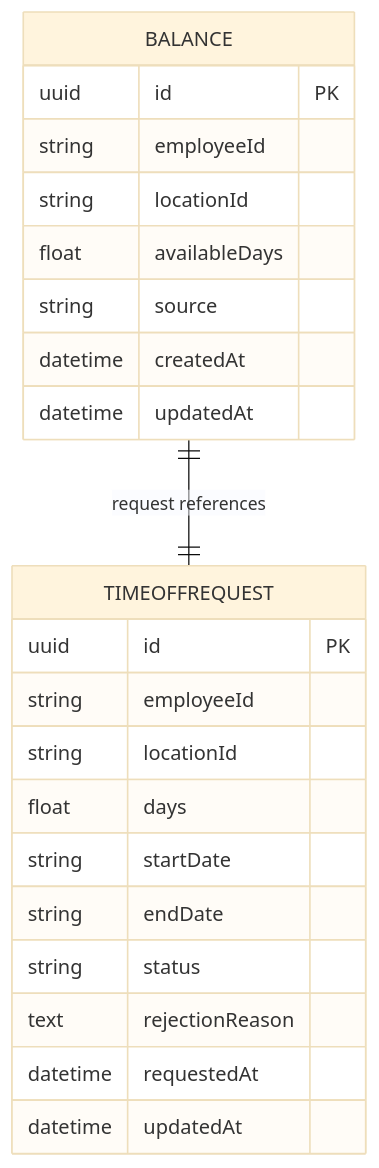
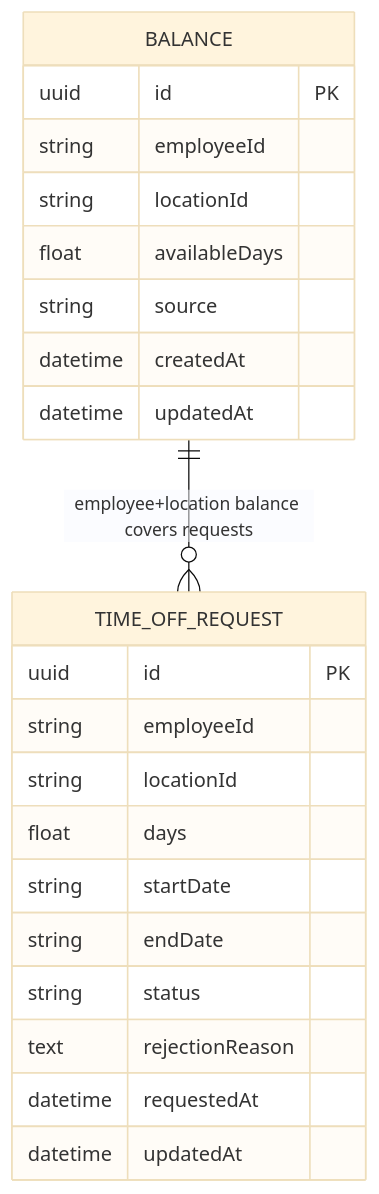
Before and after one commit to Muaaz-Butt/ExampleHR: the first of 5 diagrams in ARCHITECTURE.md, drawn with Mermaid (base theme). The commit also changed other lines of this file and 15 other files, not shown here.

````diff
--- a/ARCHITECTURE.md
+++ b/ARCHITECTURE.md
@@ -7,25 +115,27 @@
 ```mermaid
 erDiagram
     BALANCE {
-        uuid id PK
-        string employeeId
-        string locationId
-        float availableDays
-        string source
+        uuid    id          PK
+        string  employeeId
+        string  locationId
+        float   availableDays
+        string  source
         datetime createdAt
         datetime updatedAt
     }
-    TIMEOFFREQUEST {
-        uuid id PK
-        string employeeId
-        string locationId
-        float days
-        string startDate
-        string endDate
-        string status
-        text rejectionReason
+
+    TIME_OFF_REQUEST {
+        uuid    id              PK
+        string  employeeId
+        string  locationId
+        float   days
+        string  startDate
+        string  endDate
+        string  status
+        text    rejectionReason
         datetime requestedAt
         datetime updatedAt
     }
-    BALANCE ||--|| TIMEOFFREQUEST : "request references"
+
+    BALANCE ||--o{ TIME_OFF_REQUEST : "employee+location balance covers requests"
 ```
````
